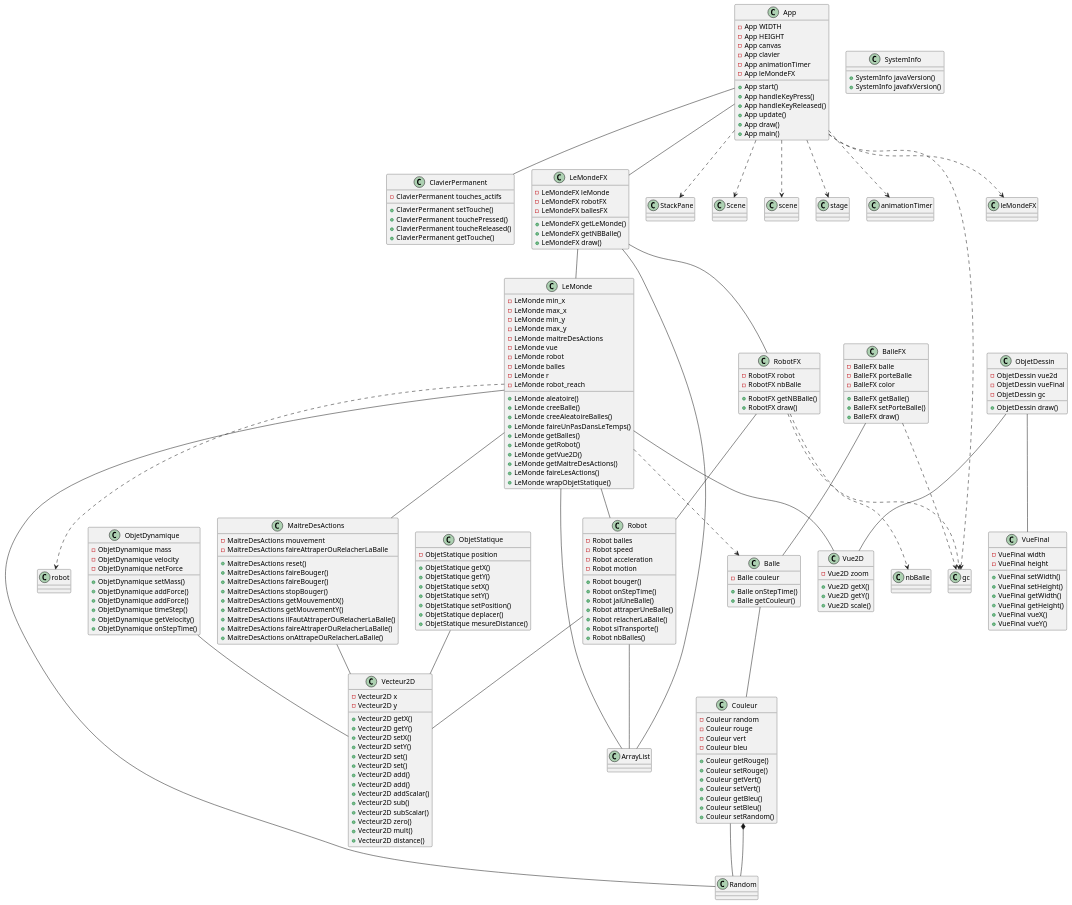
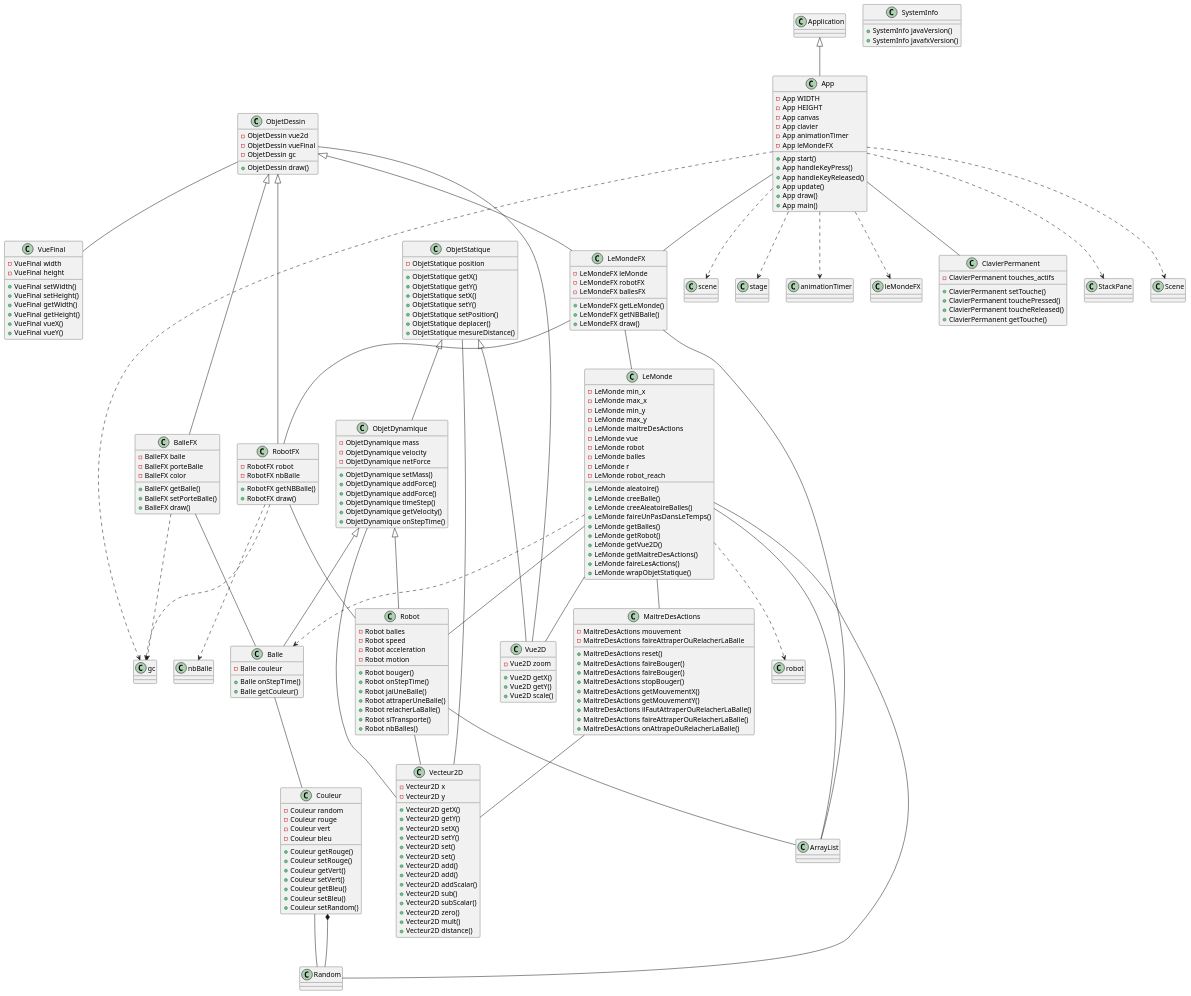
Before and after one commit to Numero7-Mojeangering/JavaUMLAnalyser: the diagram in project_diagram.puml, drawn with PlantUML. The commit also changed 6 other files, not shown here.

```diff
--- a/project_diagram.puml
+++ b/project_diagram.puml
@@ -177,6 +177,7 @@
   + VueFinal vueX()
   + VueFinal vueY()
 }
+ObjetDynamique <|-- Balle
 Balle -- Couleur
 Couleur -- Random
 Couleur *-- Random
@@ -188,10 +189,14 @@
 LeMonde ..> Balle
 LeMonde ..> robot
 MaitreDesActions -- Vecteur2D
+ObjetStatique <|-- ObjetDynamique
 ObjetDynamique -- Vecteur2D
 ObjetStatique -- Vecteur2D
+ObjetDynamique <|-- Robot
 Robot -- ArrayList
 Robot -- Vecteur2D
+ObjetStatique <|-- Vue2D
+Application <|-- App
 App -- ClavierPermanent
 App -- LeMondeFX
 App ..> StackPane
@@ -201,13 +206,16 @@
 App ..> animationTimer
 App ..> gc
 App ..> leMondeFX
+ObjetDessin <|-- BalleFX
 BalleFX -- Balle
 BalleFX ..> gc
+ObjetDessin <|-- LeMondeFX
 LeMondeFX -- LeMonde
 LeMondeFX -- RobotFX
 LeMondeFX -- ArrayList
 ObjetDessin -- Vue2D
 ObjetDessin -- VueFinal
+ObjetDessin <|-- RobotFX
 RobotFX -- Robot
 RobotFX ..> gc
 RobotFX ..> nbBalle
```
